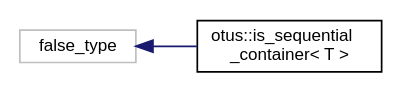
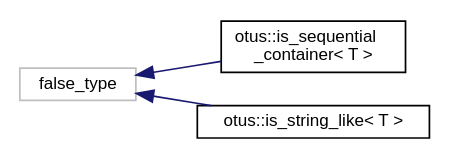
One commit to felixpalta/otus-4-print_ip changed the diagram in inherit_graph_2.dot. Above: the diagram before and after it, drawn with Graphviz. The commit also changed 35 other files, not shown here.

```diff
--- a/inherit_graph_2.dot
+++ b/inherit_graph_2.dot
@@ -1,9 +1,11 @@
 digraph "Graphical Class Hierarchy"
 {
   edge [fontname="Helvetica",fontsize="10",labelfontname="Helvetica",labelfontsize="10"];
   node [fontname="Helvetica",fontsize="10",shape=record];
   rankdir="LR";
   Node1 [label="false_type",height=0.2,width=0.4,color="grey75", fillcolor="white", style="filled"];
   Node1 -> Node2 [dir="back",color="midnightblue",fontsize="10",style="solid",fontname="Helvetica"];
   Node2 [label="otus::is_sequential\l_container\< T \>",height=0.2,width=0.4,color="black", fillcolor="white", style="filled",URL="$structotus_1_1is__sequential__container.html",tooltip="Default (negative) case for STL container type trait. "];
+  Node1 -> Node3 [dir="back",color="midnightblue",fontsize="10",style="solid",fontname="Helvetica"];
+  Node3 [label="otus::is_string_like\< T \>",height=0.2,width=0.4,color="black", fillcolor="white", style="filled",URL="$structotus_1_1is__string__like.html",tooltip="Default (negative) case for string type. "];
 }
```
